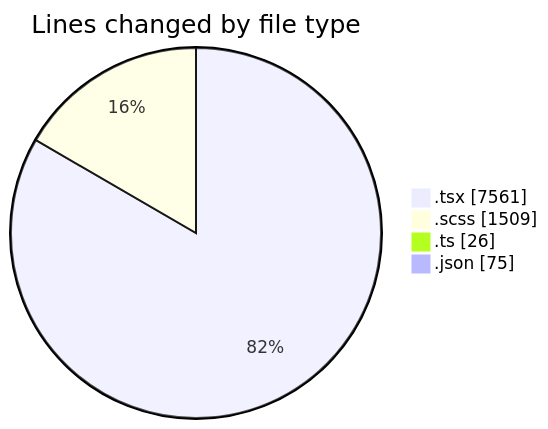
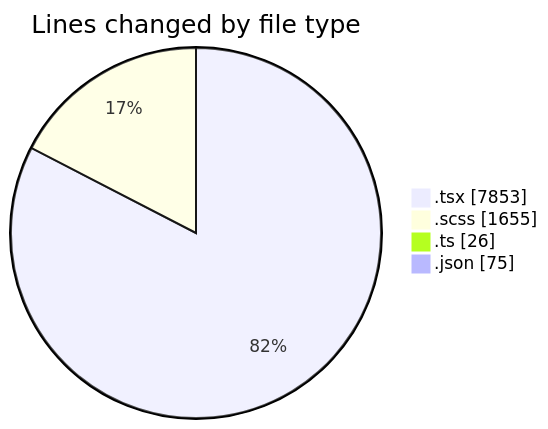
The first of 2 diagrams in 2025-04-09/cda/README.md (momahboobian/code-tracking), drawn with Mermaid before and after one commit. The commit also changed other lines of this file and 1 other file, not shown here.

````diff
--- a/2025-04-09/cda/README.md
+++ b/2025-04-09/cda/README.md
@@ -45,8 +45,8 @@
 ```mermaid
 pie showData
 title Lines changed by file type
-".tsx" : 7561
-".scss" : 1509
+".tsx" : 7853
+".scss" : 1655
 ".ts" : 26
 ".json" : 75
 ```
````
